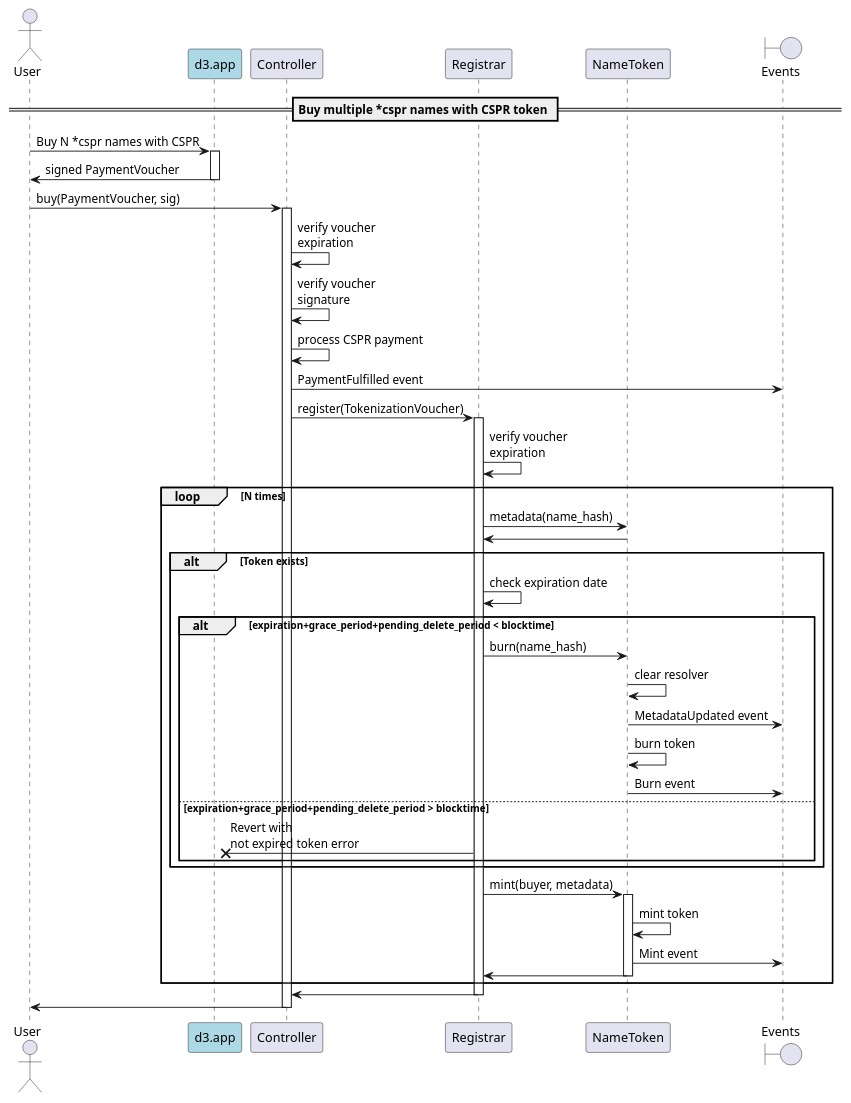
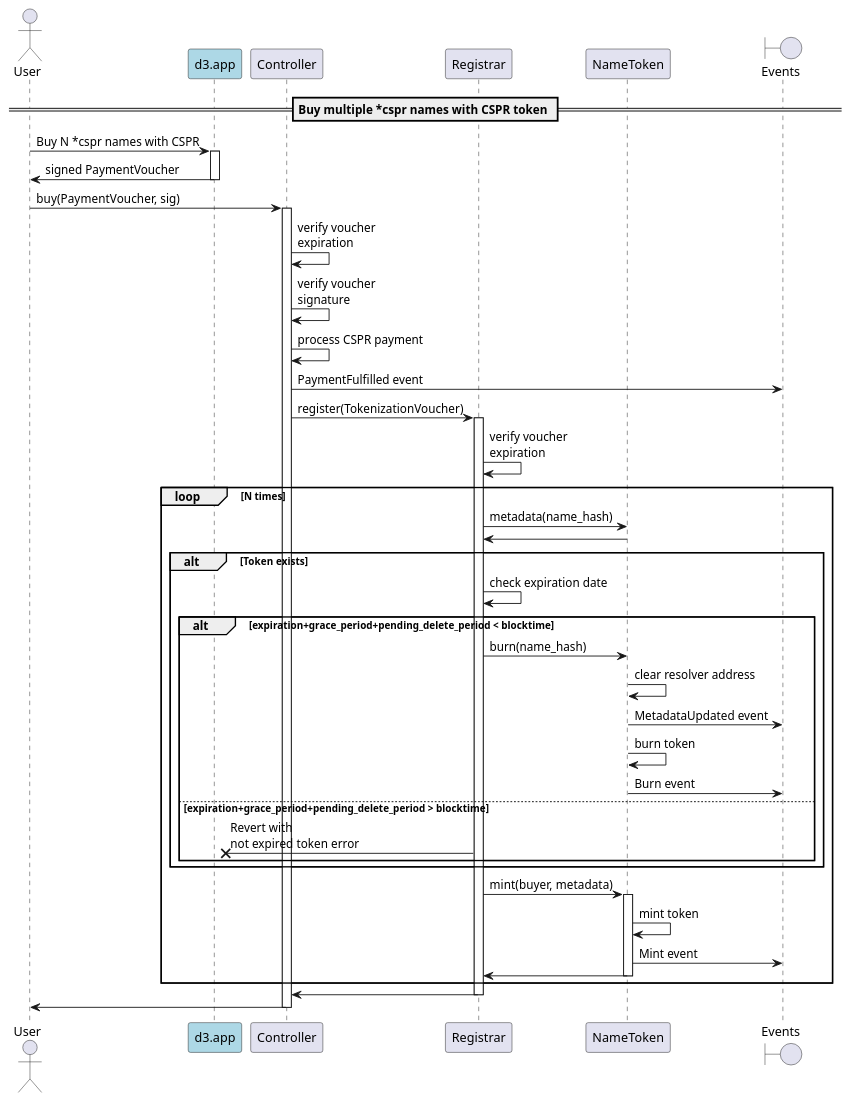
The diagram in docs/sequence-diagrams/puml/onchain-multiple-purchase.puml (make-software/cspr-name-contracts), drawn with PlantUML before and after one commit. The commit also changed 14 other files, not shown here.

Commit message:
- added set_default_resolver() to admin functions - modified transfer operations to call cleanup() and clear or set default resolver from nametoken contract instead of registrar - burn token calls cleanup and clears the resolver address. - removed puml file for secondary sale with fiat

```diff
--- a/docs/sequence-diagrams/puml/onchain-multiple-purchase.puml
+++ b/docs/sequence-diagrams/puml/onchain-multiple-purchase.puml
@@ -1,55 +1,55 @@
 @startuml
 'https://plantuml.com/sequence-diagram
 
 'autonumber
 actor User
 participant "d3.app" as d3 #lightblue
 participant "Controller"
 participant "Registrar"
 participant "NameToken"
 boundary "Events"
 
 == Buy multiple *cspr names with CSPR token ==
 
 User -> d3: Buy N *cspr names with CSPR
 activate d3
 d3 -> User: signed PaymentVoucher
 deactivate d3
 
 User -> Controller: buy(PaymentVoucher, sig)
 activate Controller
 Controller -> Controller: verify voucher\nexpiration
 Controller -> Controller: verify voucher\nsignature
 Controller -> Controller: process CSPR payment
 Controller -> "Events": PaymentFulfilled event
 Controller -> Registrar: register(TokenizationVoucher)
 activate Registrar
 Registrar -> Registrar: verify voucher\nexpiration
     loop N times
         Registrar -> NameToken: metadata(name_hash)
         NameToken -> Registrar
         alt Token exists
             Registrar -> Registrar: check expiration date
             alt expiration+grace_period+pending_delete_period < blocktime
                 Registrar -> NameToken: burn(name_hash)
-                NameToken -> NameToken: clear resolver
+                NameToken -> NameToken: clear resolver address
                 NameToken -> "Events": MetadataUpdated event
                 NameToken -> NameToken: burn token
                 NameToken -> "Events": Burn event
             else expiration+grace_period+pending_delete_period > blocktime
                 Registrar ->x d3: Revert with\nnot expired token error
             end
         end
         Registrar -> NameToken: mint(buyer, metadata)
         activate NameToken
         NameToken -> NameToken: mint token
         NameToken -> "Events": Mint event
         NameToken -> Registrar
         deactivate NameToken
     end loop
 Registrar -> Controller
 deactivate Registrar
 Controller -> User
 deactivate Controller
 
 @enduml
```
